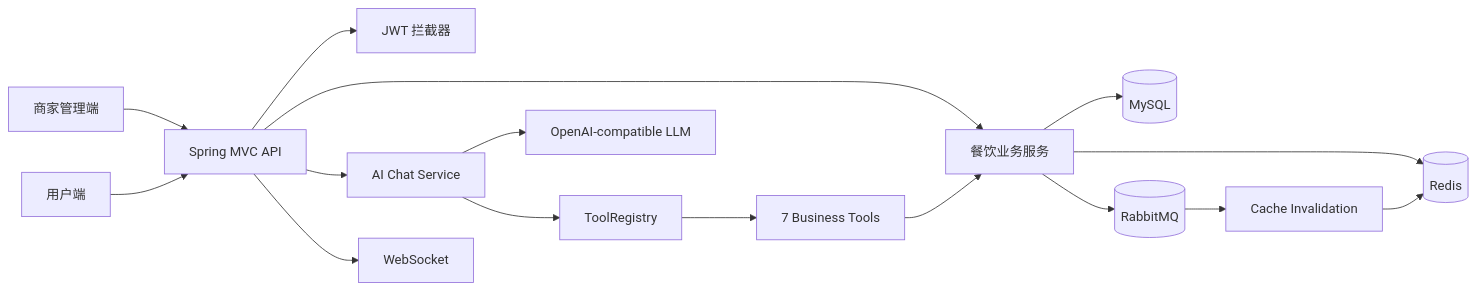
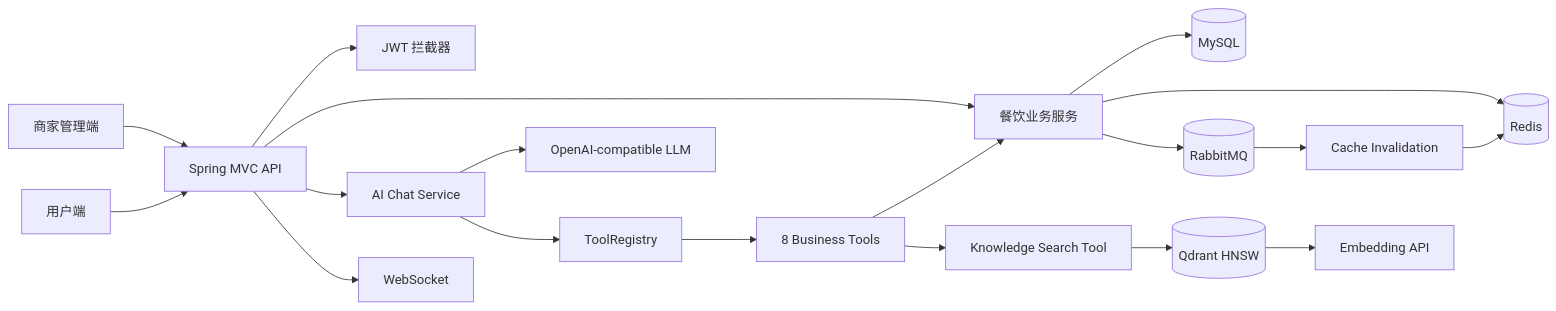
One commit to walawala88/merchant-ai-operations changed the diagram in README.md. Above: the diagram before and after it, drawn with Mermaid. The commit also changed other lines of this file and 31 other files, not shown here.

Commit message:
feat: add qdrant rag for merchant knowledge

````diff
--- a/README.md
+++ b/README.md
@@ -52,20 +59,23 @@
 ```mermaid
 flowchart LR
     Admin[商家管理端] --> API[Spring MVC API]
     User[用户端] --> API
     API --> Auth[JWT 拦截器]
     API --> Biz[餐饮业务服务]
     API --> Agent[AI Chat Service]
 
     Agent --> LLM[OpenAI-compatible LLM]
     Agent --> Registry[ToolRegistry]
-    Registry --> Tools[7 Business Tools]
+    Registry --> Tools[8 Business Tools]
     Tools --> Biz
+    Tools --> RAG[Knowledge Search Tool]
+    RAG --> Qdrant[(Qdrant HNSW)]
+    Qdrant --> Embed[Embedding API]
 
     Biz --> MySQL[(MySQL)]
     Biz --> Redis[(Redis)]
     Biz --> MQ[(RabbitMQ)]
     MQ --> Cache[Cache Invalidation]
     Cache --> Redis
     API --> WS[WebSocket]
 ```
````
